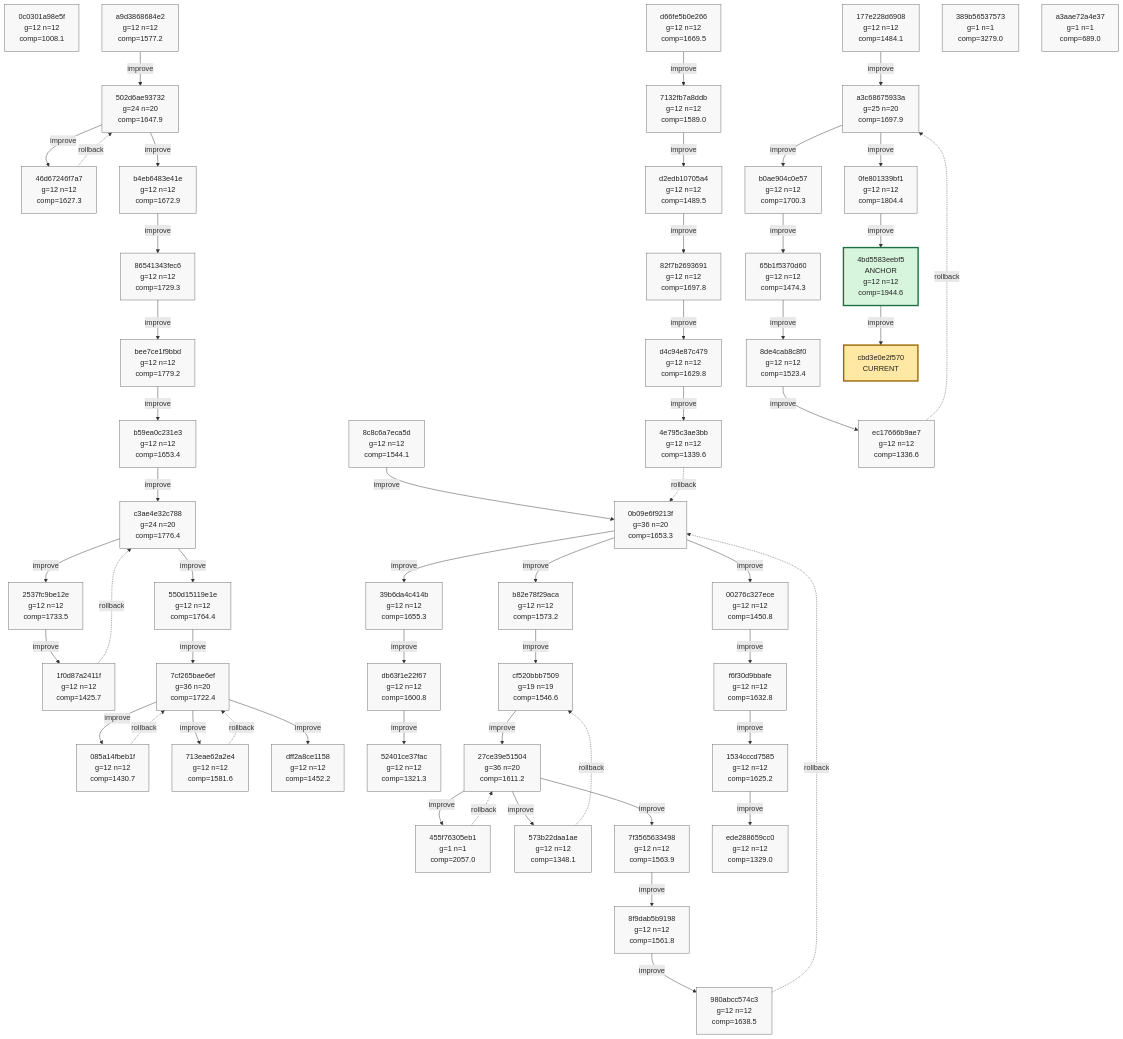
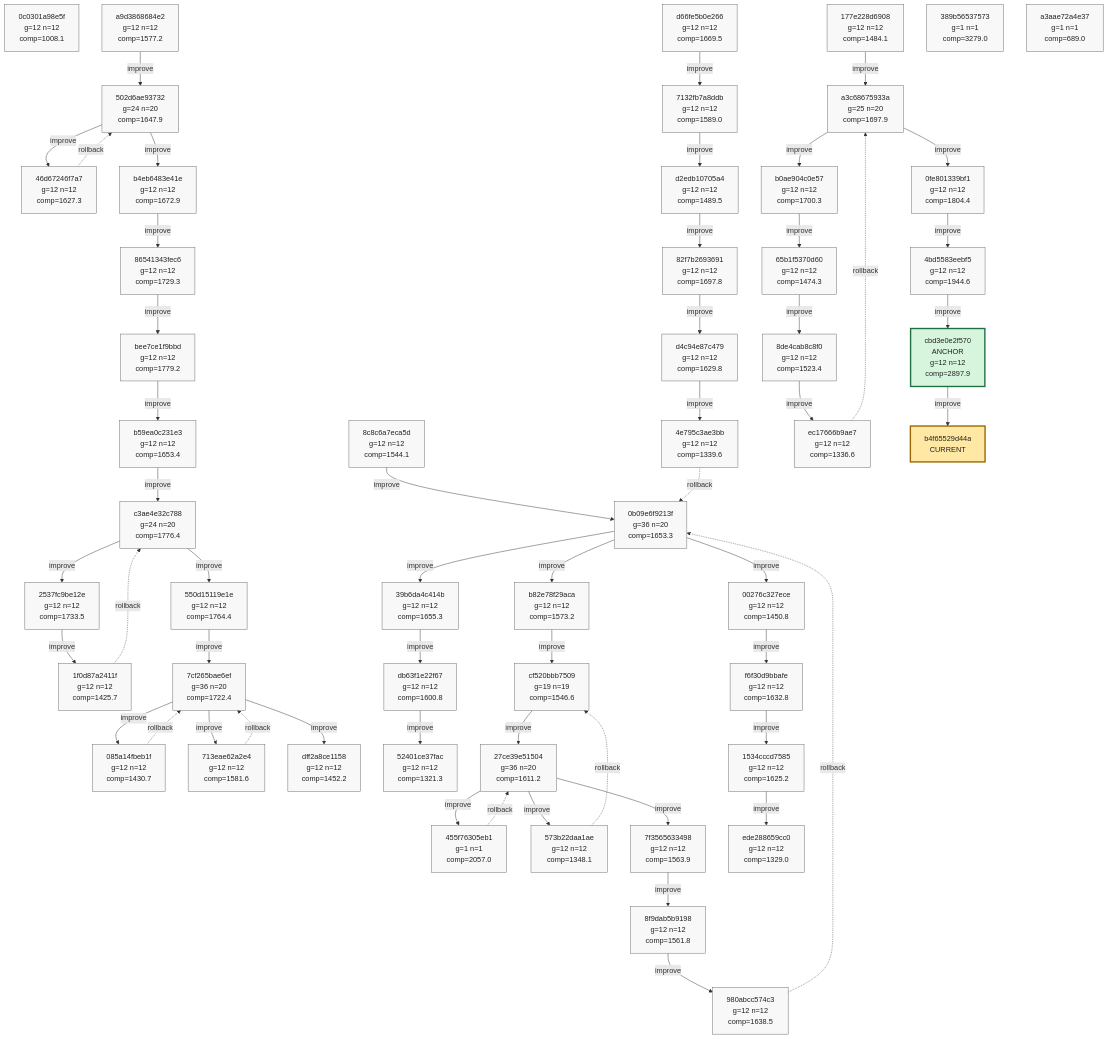
One commit to azumag/soviet_now changed the tenth of 10 diagrams in phyrogenetic-tree.md. Above: the diagram before and after it, drawn with Mermaid. The commit also changed other lines of this file and 3 other files, not shown here.

````diff
--- a/phyrogenetic-tree.md
+++ b/phyrogenetic-tree.md
@@ -2582,10 +2583,11 @@
     h_8de4cab8c8f0["8de4cab8c8f0<br/>g=12 n=12<br/>comp=1523.4"]
     h_ec17666b9ae7["ec17666b9ae7<br/>g=12 n=12<br/>comp=1336.6"]
     h_0fe801339bf1["0fe801339bf1<br/>g=12 n=12<br/>comp=1804.4"]
-    h_4bd5583eebf5["4bd5583eebf5<br/>ANCHOR<br/>g=12 n=12<br/>comp=1944.6"]
+    h_4bd5583eebf5["4bd5583eebf5<br/>g=12 n=12<br/>comp=1944.6"]
+    h_cbd3e0e2f570["cbd3e0e2f570<br/>ANCHOR<br/>g=12 n=12<br/>comp=2897.9"]
     h_389b56537573["389b56537573<br/>g=1 n=1<br/>comp=3279.0"]
     h_a3aae72a4e37["a3aae72a4e37<br/>g=1 n=1<br/>comp=689.0"]
-    h_cbd3e0e2f570["cbd3e0e2f570<br/>CURRENT"]
+    h_b4f65529d44a["b4f65529d44a<br/>CURRENT"]
 
     h_a9d3868684e2 -->|improve| h_502d6ae93732
     h_502d6ae93732 -->|improve| h_46d67246f7a7
@@ -2639,6 +2641,7 @@
     h_a3c68675933a -->|improve| h_0fe801339bf1
     h_0fe801339bf1 -->|improve| h_4bd5583eebf5
     h_4bd5583eebf5 -->|improve| h_cbd3e0e2f570
+    h_cbd3e0e2f570 -->|improve| h_b4f65529d44a
 
     classDef plain fill:#f8f8f8,stroke:#666,stroke-width:1px,color:#222;
     classDef current fill:#ffe8a3,stroke:#9a6700,stroke-width:3px,color:#222;
@@ -2691,8 +2694,9 @@
     class h_8de4cab8c8f0 plain;
     class h_ec17666b9ae7 plain;
     class h_0fe801339bf1 plain;
-    class h_4bd5583eebf5 anchor;
+    class h_4bd5583eebf5 plain;
+    class h_cbd3e0e2f570 anchor;
     class h_389b56537573 plain;
     class h_a3aae72a4e37 plain;
-    class h_cbd3e0e2f570 current;
+    class h_b4f65529d44a current;
 ```
````
